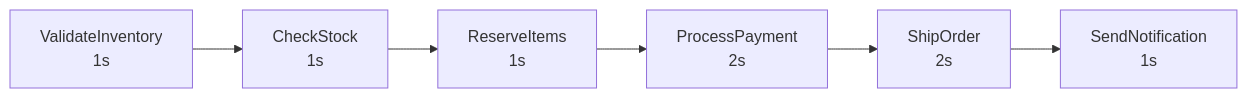
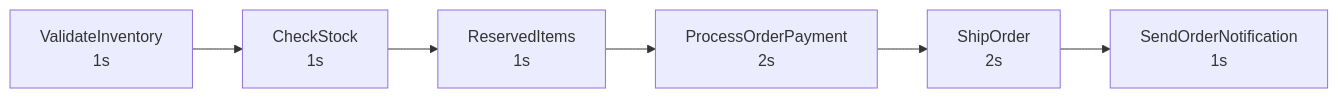
One commit to labasubagia/temporal-poc changed the second of 2 diagrams in docs/design.md. Above: the diagram before and after it, drawn with Mermaid. The commit also changed other lines of this file, not shown here.

````diff
--- a/docs/design.md
+++ b/docs/design.md
@@ -132,8 +57,8 @@
 ```mermaid
 flowchart LR
     A[ValidateInventory<br/>1s] --> B[CheckStock<br/>1s]
-    B --> C[ReserveItems<br/>1s]
-    C --> D[ProcessPayment<br/>2s]
+    B --> C[ReservedItems<br/>1s]
+    C --> D[ProcessOrderPayment<br/>2s]
     D --> E[ShipOrder<br/>2s]
-    E --> F[SendNotification<br/>1s]
+    E --> F[SendOrderNotification<br/>1s]
 ```
````
